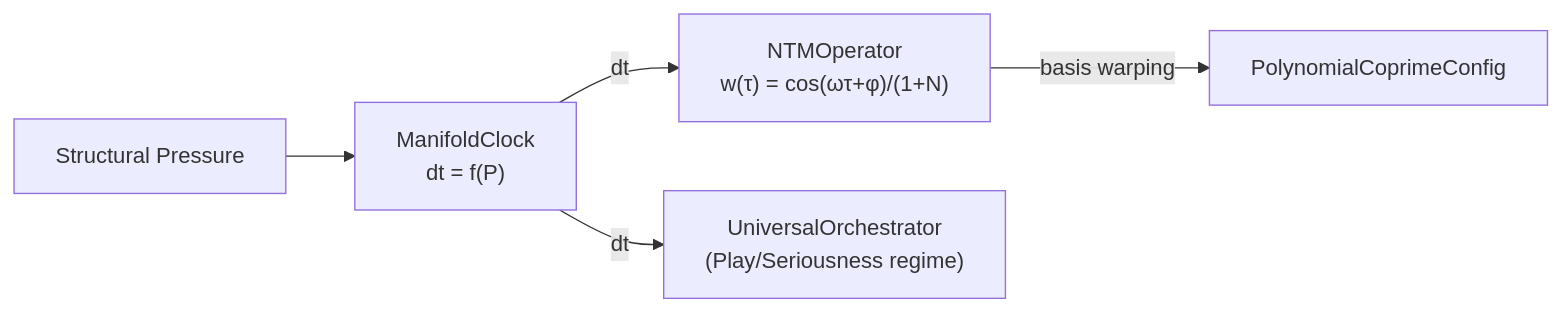
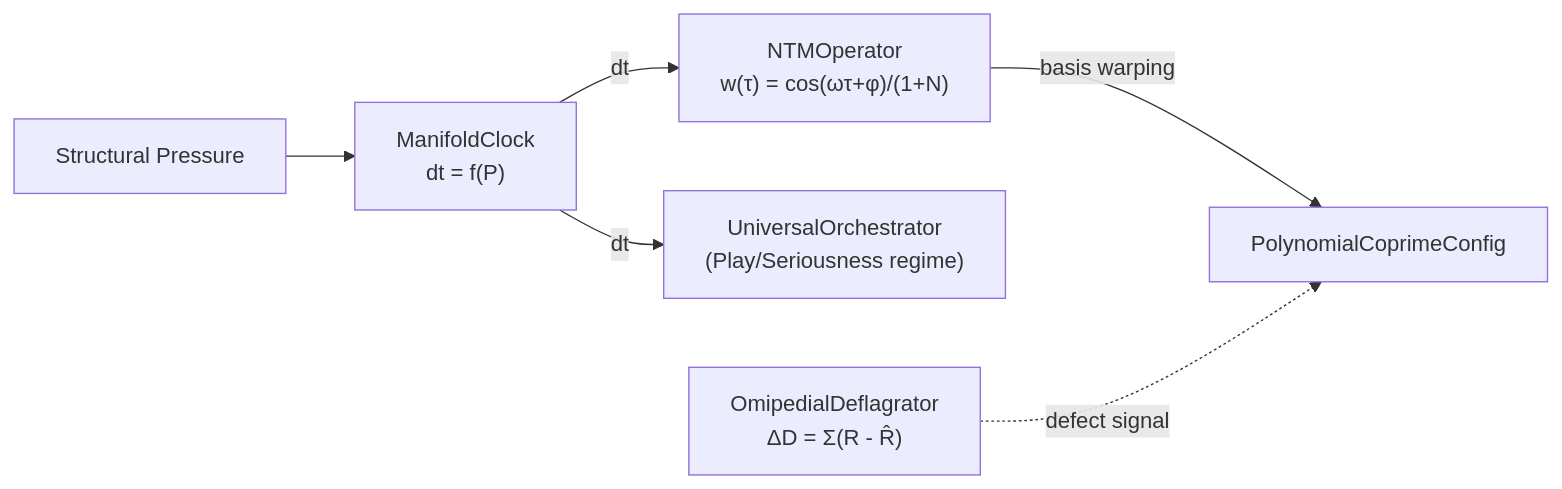
The diagram in docs/TEMPORAL_DYNAMICS.md (ZenoNex/Gyroidic-Sparse-Covariance-Flux-Reasoner), drawn with Mermaid before and after one commit. The commit also changed other lines of this file, not shown here.

````diff
--- a/docs/TEMPORAL_DYNAMICS.md
+++ b/docs/TEMPORAL_DYNAMICS.md
@@ -81,7 +81,8 @@
 ```mermaid
 graph LR
     P["Structural Pressure"] --> MC["ManifoldClock<br/>dt = f(P)"]
     MC -->|dt| NTM["NTMOperator<br/>w(τ) = cos(ωτ+φ)/(1+N)"]
     NTM -->|basis warping| POLY["PolynomialCoprimeConfig"]
     MC -->|dt| ORCH["UniversalOrchestrator<br/>(Play/Seriousness regime)"]
+    DEFLAG["OmipedialDeflagrator<br/>ΔD = Σ(R - R̂)"] -.->|defect signal| POLY
 ```
````
